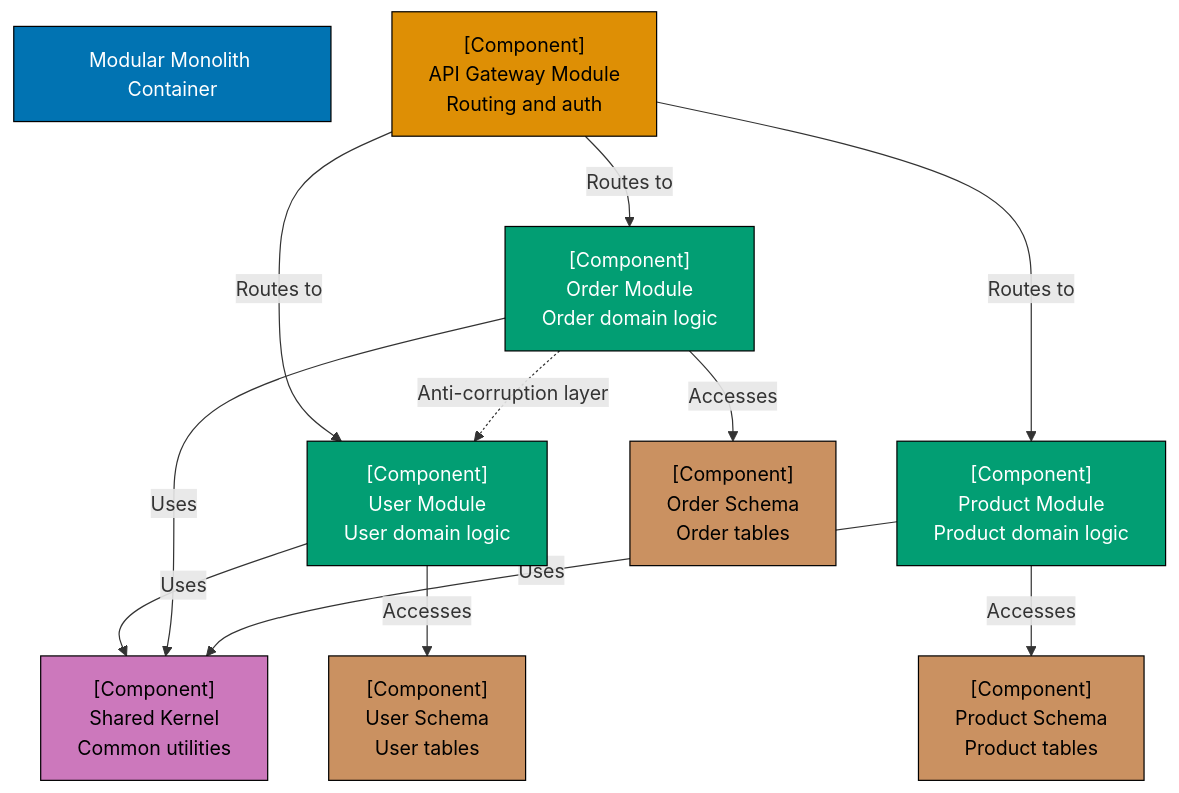
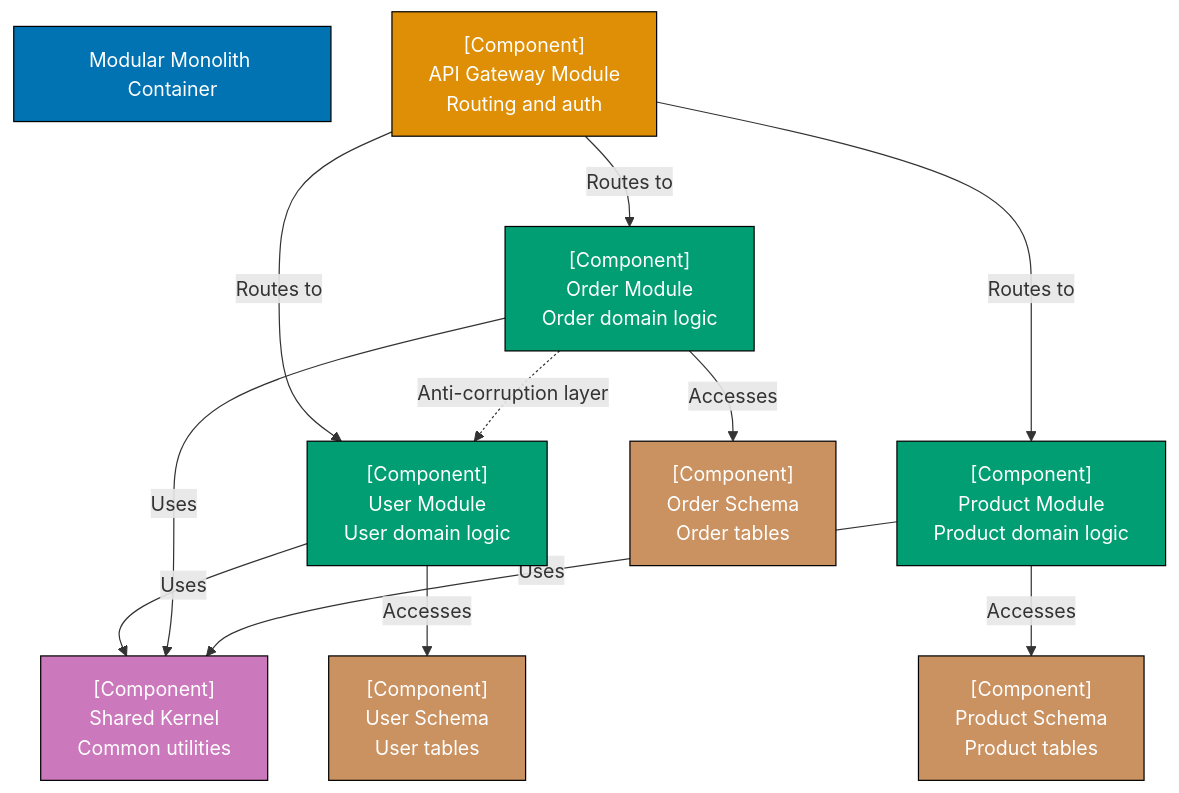
One commit to wahidyankf/open-sharia-enterprise changed the first of 30 diagrams in apps/ayokoding-web/content/en/learn/software-engineering/architecture/c4-architecture-model/by-example/intermediate.md. Above: the diagram before and after it, drawn with Mermaid. The commit also changed other lines of this file and 61 other files, not shown here.

First line of the commit message:
fix(ayokoding-web): quote Mermaid node labels with special characters in Example 63

````diff
--- a/apps/ayokoding-web/content/en/learn/software-engineering/architecture/c4-architecture-model/by-example/intermediate.md
+++ b/apps/ayokoding-web/content/en/learn/software-engineering/architecture/c4-architecture-model/by-example/intermediate.md
@@ -18,40 +18,40 @@
 ```mermaid
 graph TD
     MonolithApp["Modular Monolith Container"]
 
     APIGatewayModule["[Component]<br/>API Gateway Module<br/>Routing and auth"]
 
     UserModule["[Component]<br/>User Module<br/>User domain logic"]
     OrderModule["[Component]<br/>Order Module<br/>Order domain logic"]
     ProductModule["[Component]<br/>Product Module<br/>Product domain logic"]
 
     SharedKernel["[Component]<br/>Shared Kernel<br/>Common utilities"]
 
     UserDB["[Component]<br/>User Schema<br/>User tables"]
     OrderDB["[Component]<br/>Order Schema<br/>Order tables"]
     ProductDB["[Component]<br/>Product Schema<br/>Product tables"]
 
     APIGatewayModule -->|Routes to| UserModule
     APIGatewayModule -->|Routes to| OrderModule
     APIGatewayModule -->|Routes to| ProductModule
 
     UserModule -->|Uses| SharedKernel
     OrderModule -->|Uses| SharedKernel
     ProductModule -->|Uses| SharedKernel
 
     UserModule -->|Accesses| UserDB
     OrderModule -->|Accesses| OrderDB
     ProductModule -->|Accesses| ProductDB
 
     OrderModule -.->|"Anti-corruption layer"| UserModule
 
     style MonolithApp fill:#0173B2,stroke:#000,color:#fff
-    style APIGatewayModule fill:#DE8F05,stroke:#000,color:#000
+    style APIGatewayModule fill:#DE8F05,stroke:#000,color:#fff
     style UserModule fill:#029E73,stroke:#000,color:#fff
     style OrderModule fill:#029E73,stroke:#000,color:#fff
     style ProductModule fill:#029E73,stroke:#000,color:#fff
-    style SharedKernel fill:#CC78BC,stroke:#000,color:#000
-    style UserDB fill:#CA9161,stroke:#000,color:#000
-    style OrderDB fill:#CA9161,stroke:#000,color:#000
-    style ProductDB fill:#CA9161,stroke:#000,color:#000
+    style SharedKernel fill:#CC78BC,stroke:#000,color:#fff
+    style UserDB fill:#CA9161,stroke:#000,color:#fff
+    style OrderDB fill:#CA9161,stroke:#000,color:#fff
+    style ProductDB fill:#CA9161,stroke:#000,color:#fff
 ```
````
